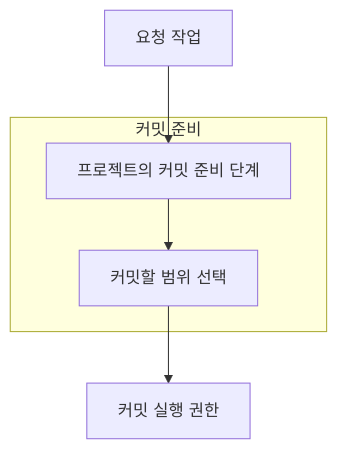
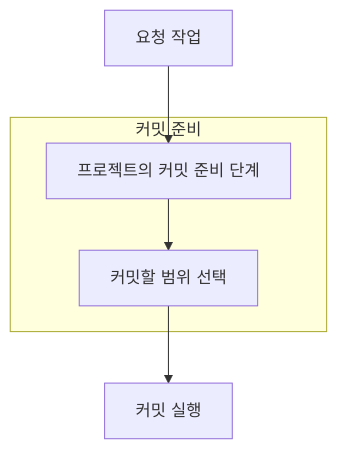
Before and after one commit to opnay/agent-plugins: the second of 3 diagrams in src/advance-codex-dev/specs/skills/git-committer/intent.md, drawn with Mermaid. The commit also changed other lines of this file and 12 other files, not shown here.

````diff
--- a/src/advance-codex-dev/specs/skills/git-committer/intent.md
+++ b/src/advance-codex-dev/specs/skills/git-committer/intent.md
@@ -28,13 +29,13 @@
 ```mermaid
 flowchart TD
   A[요청 작업]
 
   subgraph B[커밋 준비]
     C[프로젝트의 커밋 준비 단계] --> D[커밋할 범위 선택]
   end
 
-  E[커밋 실행 권한]
+  E[커밋 실행]
 
   A --> C
   D --> E
 ```
````
